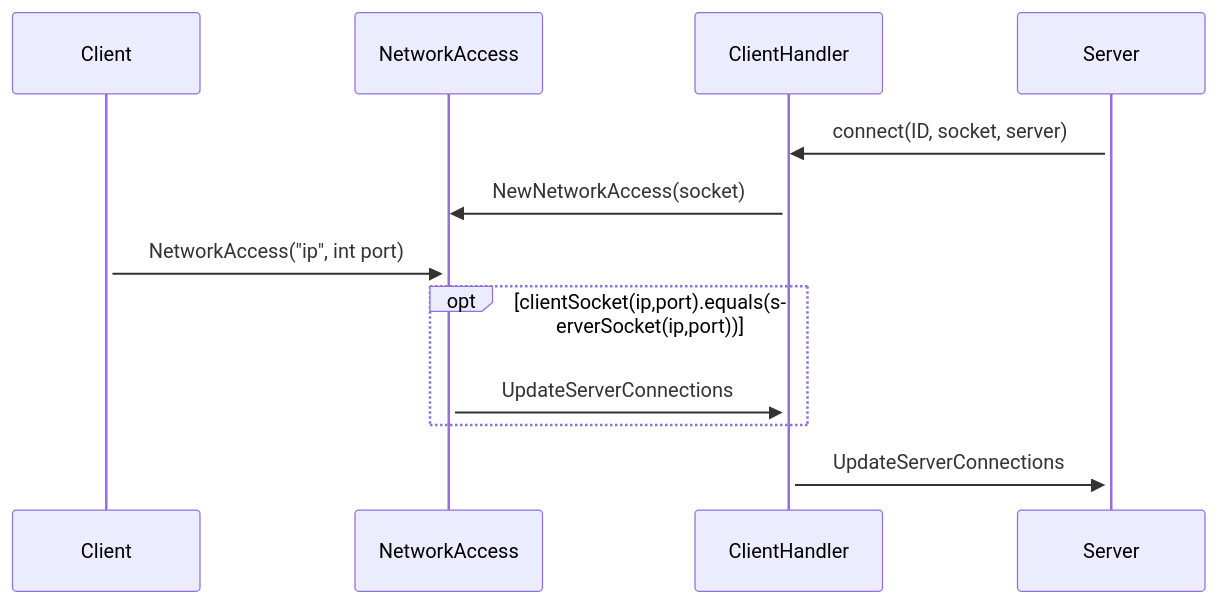
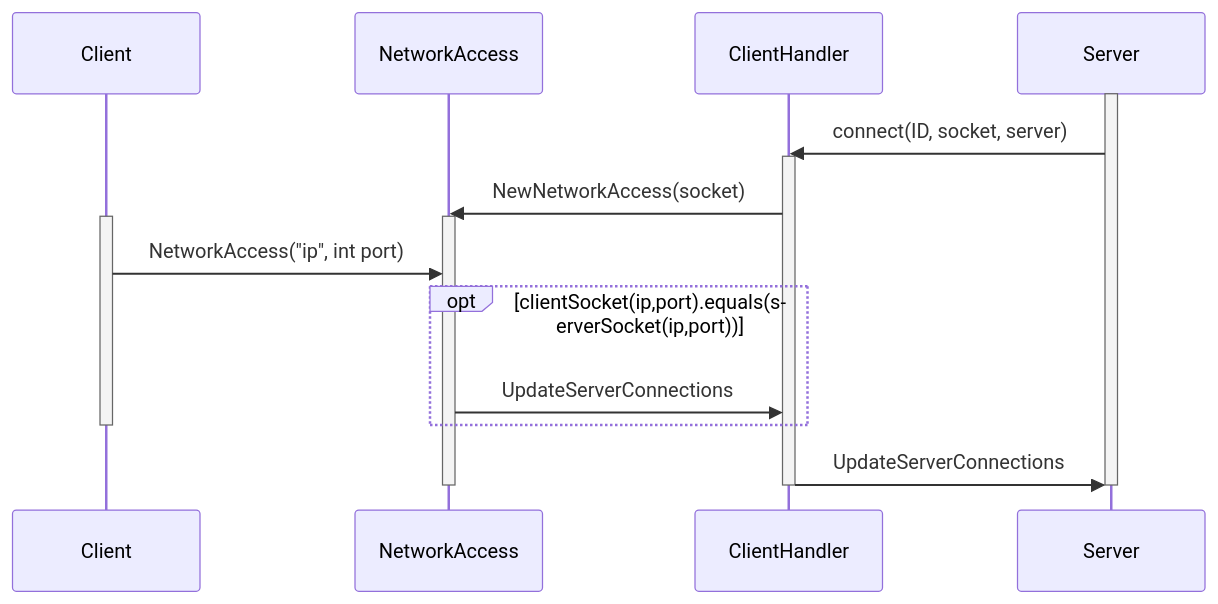
The ninth of 10 diagrams in Documentation/SequenceDiagrams.md (kalihale/SecureClientServerSystemFramework), drawn with Mermaid before and after one commit. The commit also changed other lines of this file and 2 other files, not shown here.

Commit message:
Added use case diagram

````diff
--- a/Documentation/SequenceDiagrams.md
+++ b/Documentation/SequenceDiagrams.md
@@ -214,18 +217,22 @@
 ```mermaid
 sequenceDiagram
 participant Client
 participant NetworkAccess
 participant ClientHandler
 participant Server
 activate Server
-activate Client
 Server ->> ClientHandler: connect(ID, socket, server)
 activate ClientHandler
 ClientHandler ->> NetworkAccess: NewNetworkAccess(socket)
 activate NetworkAccess
+activate Client
 Client ->> NetworkAccess: NetworkAccess("ip", int port)
 opt clientSocket(ip,port).equals(serverSocket(ip,port))
 NetworkAccess ->> ClientHandler: UpdateServerConnections
 end
+deactivate Client
 ClientHandler ->> Server: UpdateServerConnections
+deactivate Server
+deactivate ClientHandler
+deactivate NetworkAccess
 ```
````
